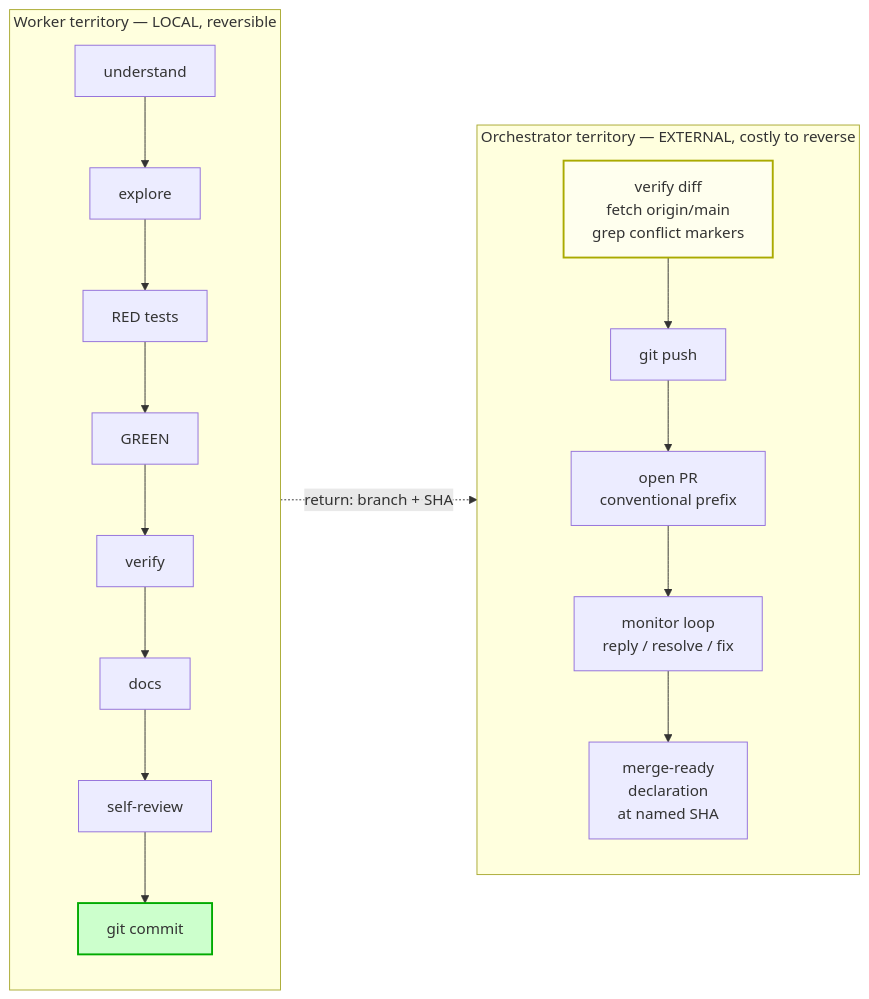
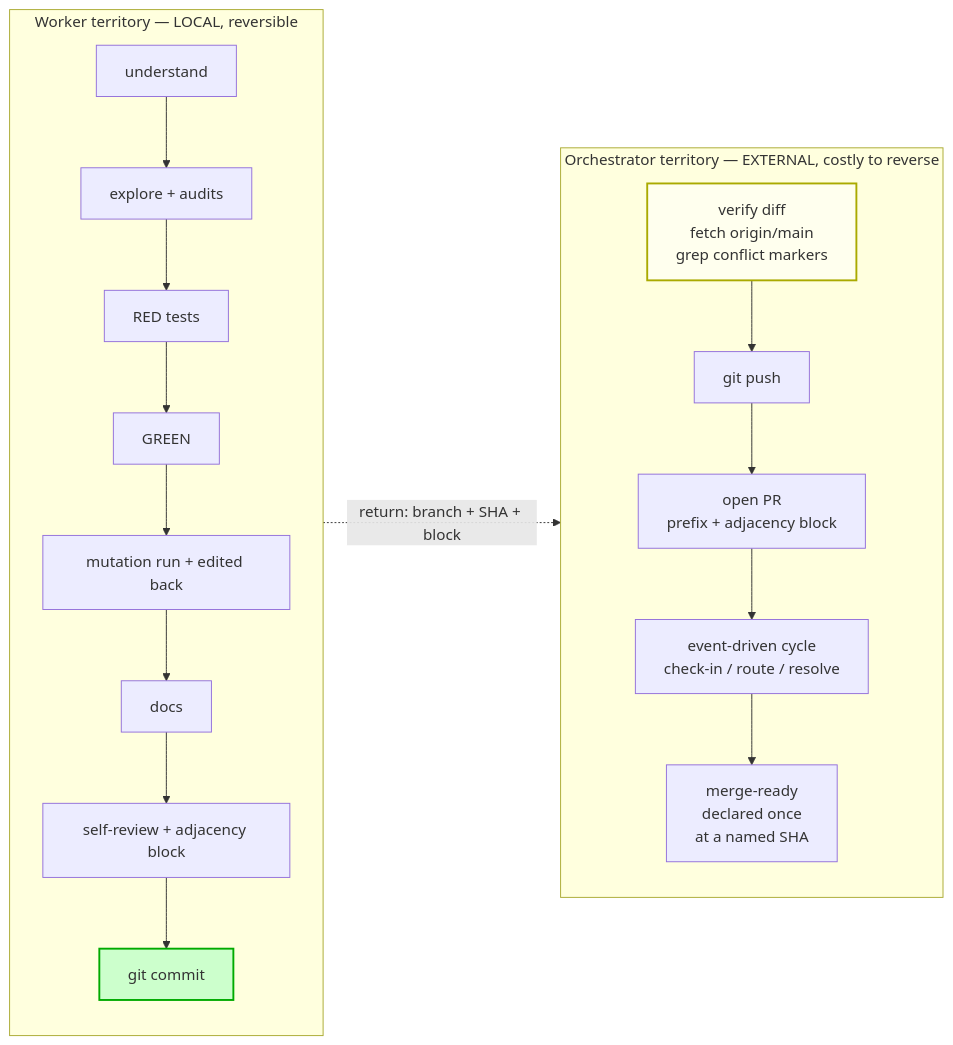
Before and after one commit to vlad-ko/claude-wizard: the fifth of 5 diagrams in ARCHITECTURE.md, drawn with Mermaid. The commit also changed other lines of this file and 31 other files, not shown here.

````diff
--- a/ARCHITECTURE.md
+++ b/ARCHITECTURE.md
@@ -206,30 +246,30 @@
 ```mermaid
 graph LR
     subgraph WorkerTerritory["Worker territory — LOCAL, reversible"]
         direction TB
         S1[understand]
-        S2[explore]
+        S2[explore + audits]
         S3[RED tests]
         S4[GREEN]
-        S5[verify]
+        S5[mutation run + edited back]
         S6[docs]
-        S7[self-review]
+        S7[self-review + adjacency block]
         S8[git commit]
         S1 --> S2 --> S3 --> S4 --> S5 --> S6 --> S7 --> S8
     end
 
     subgraph OrchestratorTerritory["Orchestrator territory — EXTERNAL, costly to reverse"]
         direction TB
         M1[verify diff<br/>fetch origin/main<br/>grep conflict markers]
         M2[git push]
-        M3[open PR<br/>conventional prefix]
-        M4[monitor loop<br/>reply / resolve / fix]
-        M5[merge-ready<br/>declaration<br/>at named SHA]
+        M3[open PR<br/>prefix + adjacency block]
+        M4[event-driven cycle<br/>check-in / route / resolve]
+        M5[merge-ready<br/>declared once<br/>at a named SHA]
         M1 --> M2 --> M3 --> M4 --> M5
     end
 
-    S8 -.return: branch + SHA.-> M1
+    S8 -.return: branch + SHA + block.-> M1
 
     style S8 fill:#cfc,stroke:#0a0,stroke-width:2px
     style M1 fill:#ffe,stroke:#aa0,stroke-width:2px
 ```
````
